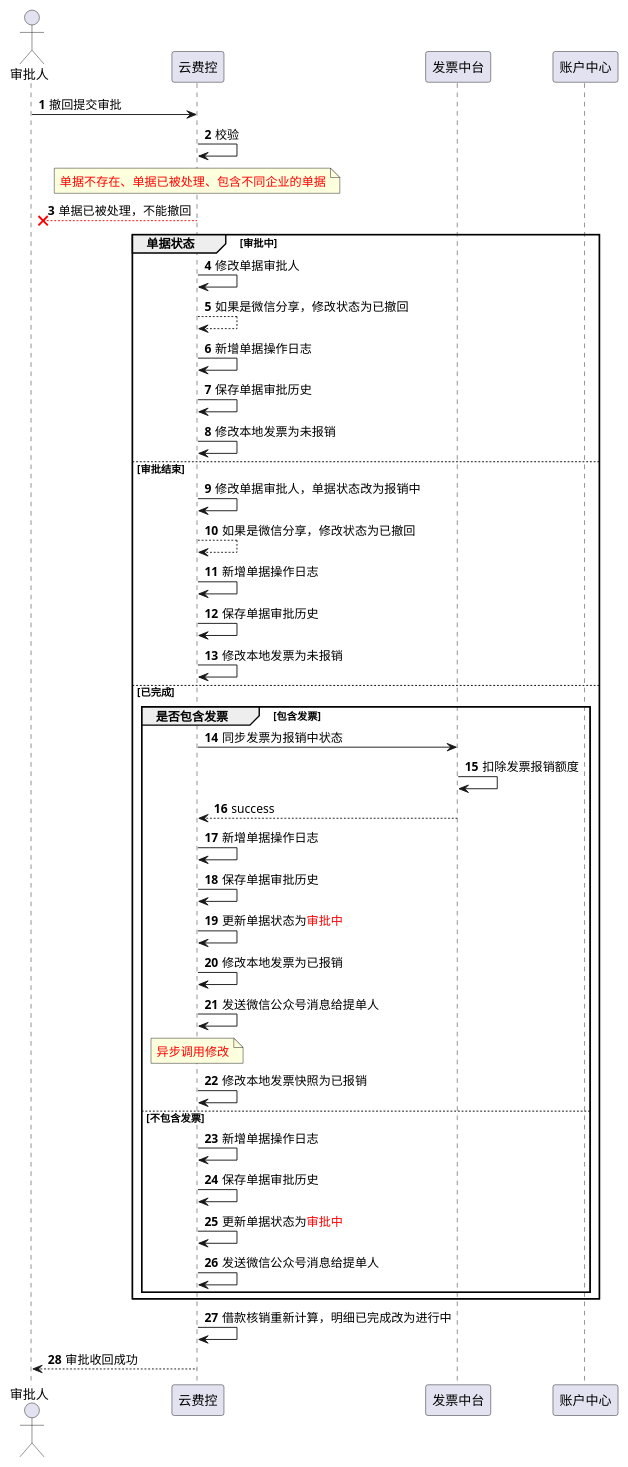
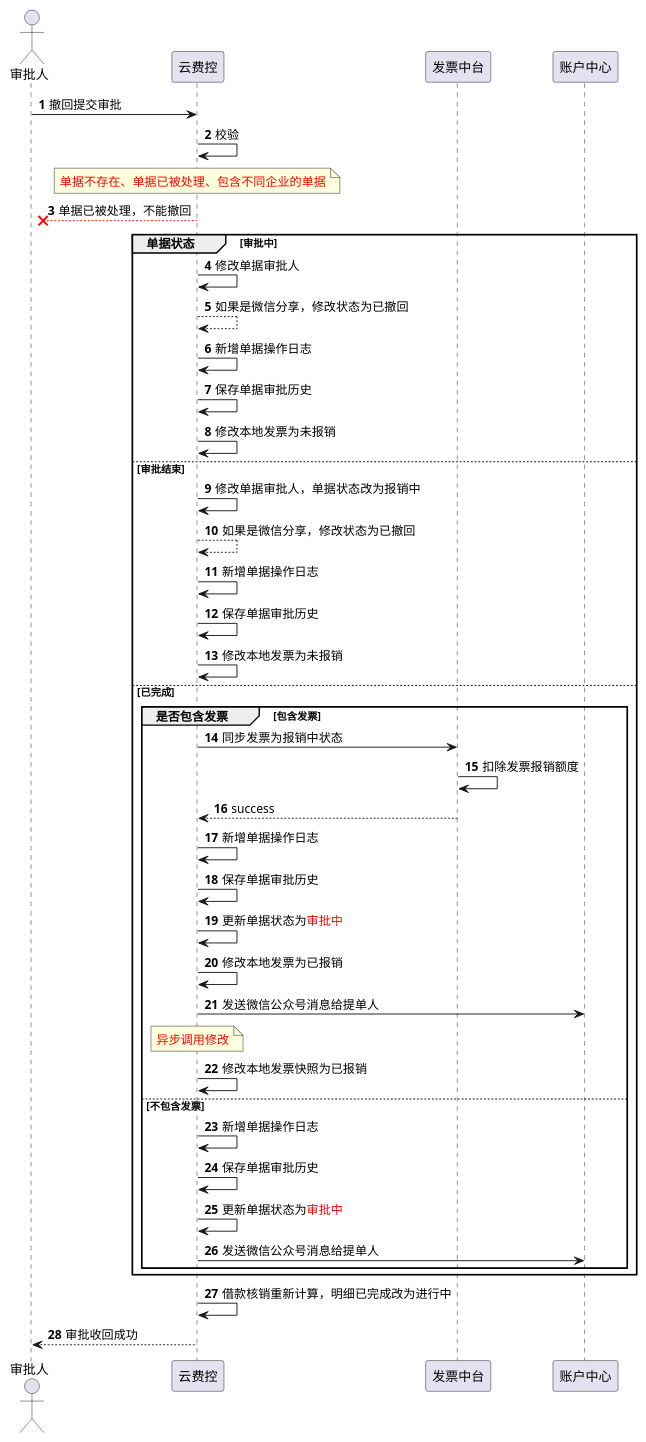
Before and after one commit to whfdlp/easyboot: the diagram in src/main/java/whf/easy/boot/web/收回审批.puml, drawn with PlantUML. The commit also changed 2 other files, not shown here.

```diff
--- a/src/main/java/whf/easy/boot/web/收回审批.puml
+++ b/src/main/java/whf/easy/boot/web/收回审批.puml
@@ -1,55 +1,55 @@
 @startuml
 'https://plantuml.com/sequence-diagram
 
 autonumber
 actor 审批人
 participant 审批人 order 10
 participant 云费控 order 20
 participant 发票中台 order 40
 participant 账户中心 order 50
 审批人 -> 云费控:撤回提交审批
 
 云费控 -> 云费控:校验
 note over 云费控
   <color #Red>单据不存在、单据已被处理、包含不同企业的单据</color>
 end note
 云费控 -[#Red]->x 审批人:单据已被处理，不能撤回
 group 单据状态 [审批中]
  云费控 -> 云费控: 修改单据审批人
  云费控 --> 云费控:如果是微信分享，修改状态为已撤回
  云费控 -> 云费控:新增单据操作日志
 云费控 -> 云费控:保存单据审批历史
 云费控 -> 云费控:修改本地发票为未报销
 else 审批结束
  云费控 -> 云费控: 修改单据审批人，单据状态改为报销中
  云费控 --> 云费控:如果是微信分享，修改状态为已撤回
  云费控 -> 云费控:新增单据操作日志
 云费控 -> 云费控:保存单据审批历史
 云费控 -> 云费控:修改本地发票为未报销
 else 已完成
 group 是否包含发票 [包含发票]
  云费控 -> 发票中台: 同步发票为报销中状态
  发票中台 -> 发票中台: 扣除发票报销额度
  发票中台 --> 云费控:success
  云费控 -> 云费控:新增单据操作日志
 云费控 -> 云费控:保存单据审批历史
 云费控 -> 云费控:更新单据状态为<color #Red>审批中</color>
 云费控 -> 云费控:修改本地发票为已报销
-云费控 -> 云费控:发送微信公众号消息给提单人
+云费控 -> 账户中心:发送微信公众号消息给提单人
 note OVER 云费控
  <color #Red>异步调用修改</color>
 end note
 云费控 -> 云费控:修改本地发票快照为已报销
  else 不包含发票
 云费控 -> 云费控:新增单据操作日志
 云费控 -> 云费控:保存单据审批历史
 云费控 -> 云费控:更新单据状态为<color #Red>审批中</color>
-云费控 -> 云费控:发送微信公众号消息给提单人
+云费控 -> 账户中心:发送微信公众号消息给提单人
  end
 end
 云费控 -> 云费控:借款核销重新计算，明细已完成改为进行中
 云费控 --> 审批人: 审批收回成功
 
 
 
 @endumlA
```
